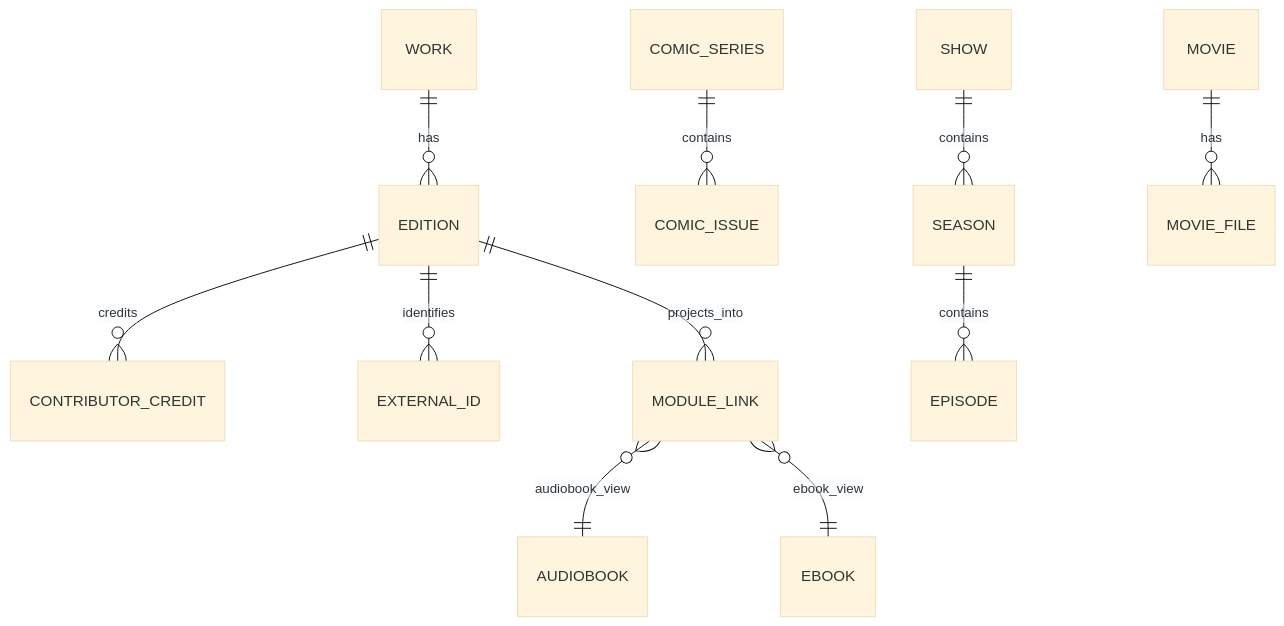
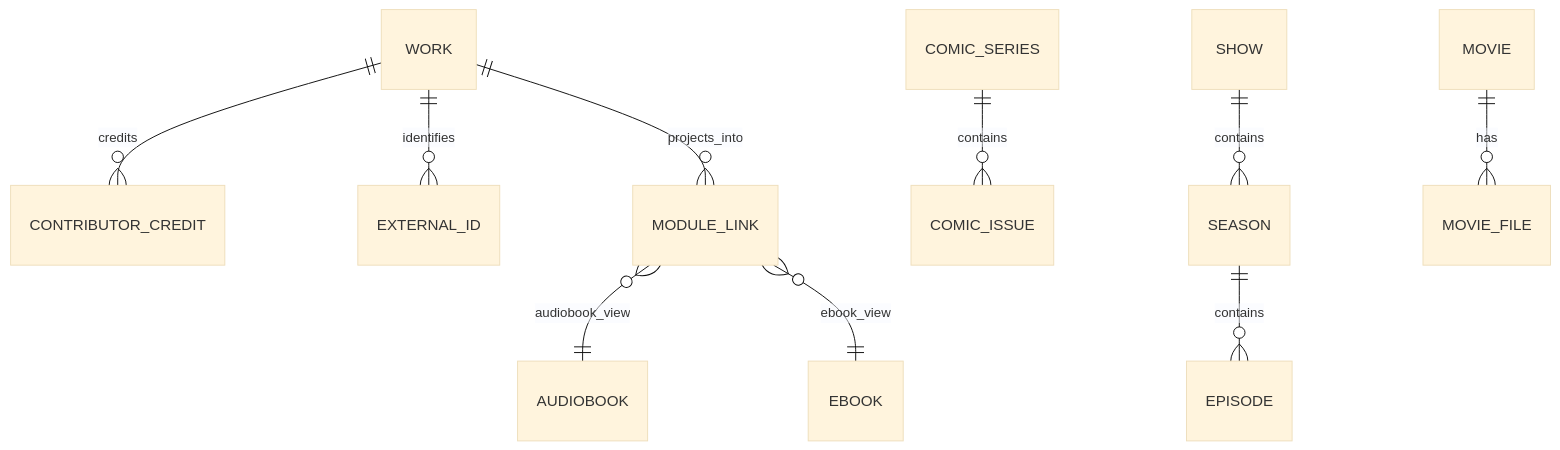
Before and after one commit to falkcorp/audiobook-organizer: the second of 2 diagrams in docs/architecture/2026-09-18-pluggable-media-platform-evaluation.md, drawn with Mermaid (base theme). The commit also changed other lines of this file and 2 other files, not shown here.

Commit message:
docs(architecture): red-team media platform proposal

````diff
--- a/docs/architecture/2026-09-18-pluggable-media-platform-evaluation.md
+++ b/docs/architecture/2026-09-18-pluggable-media-platform-evaluation.md
@@ -255,13 +269,12 @@
 ```mermaid
 erDiagram
-  WORK ||--o{ EDITION : has
-  EDITION ||--o{ CONTRIBUTOR_CREDIT : credits
-  EDITION ||--o{ EXTERNAL_ID : identifies
-  EDITION ||--o{ MODULE_LINK : projects_into
+  WORK ||--o{ CONTRIBUTOR_CREDIT : credits
+  WORK ||--o{ EXTERNAL_ID : identifies
+  WORK ||--o{ MODULE_LINK : projects_into
   MODULE_LINK }o--|| AUDIOBOOK : audiobook_view
   MODULE_LINK }o--|| EBOOK : ebook_view
   COMIC_SERIES ||--o{ COMIC_ISSUE : contains
   SHOW ||--o{ SEASON : contains
   SEASON ||--o{ EPISODE : contains
   MOVIE ||--o{ MOVIE_FILE : has
 ```
````
